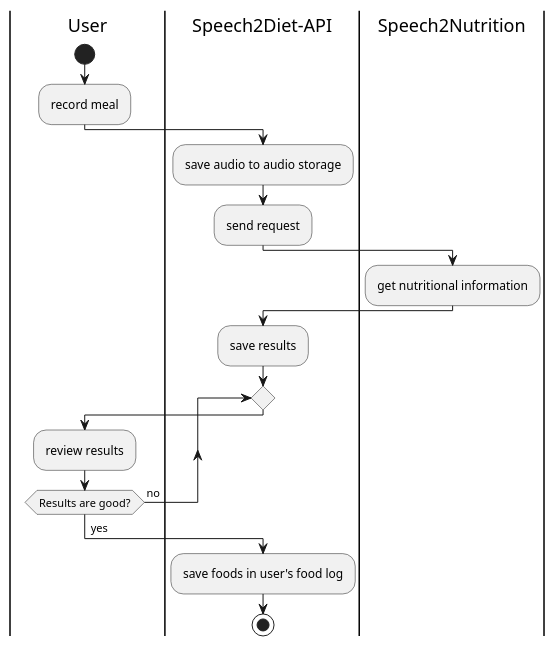
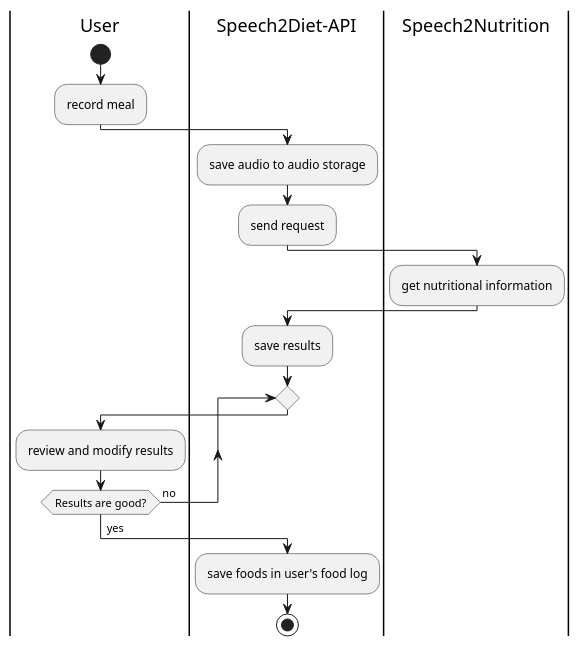
Before and after one commit to dgop92/speech2diet: the diagram in architecture-diagrams/process/foodlog.puml, drawn with PlantUML. The commit also changed 7 other files, not shown here.

Commit message:
docs: make component diagram service-agnostic

```diff
--- a/architecture-diagrams/process/foodlog.puml
+++ b/architecture-diagrams/process/foodlog.puml
@@ -1,27 +1,27 @@
 @startuml foodlog-activity-diagram
 skinparam padding 2
 
 |User|
 start
 :record meal;
 
 |Speech2Diet-API|
 :save audio to audio storage;
 :send request;
 
 |Speech2Nutrition|
 :get nutritional information;
 
 |Speech2Diet-API|
 :save results;
 
 repeat
   |User|
-  :review results;
+  :review and modify results;
 repeat while (Results are good?) is (no)
 ->yes;
 |Speech2Diet-API|
 :save foods in user's food log;
 stop
 
 @enduml
```
